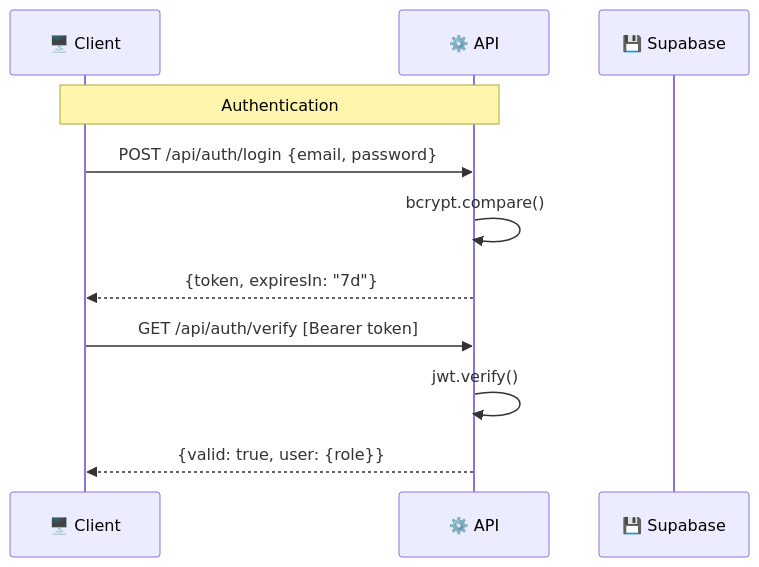
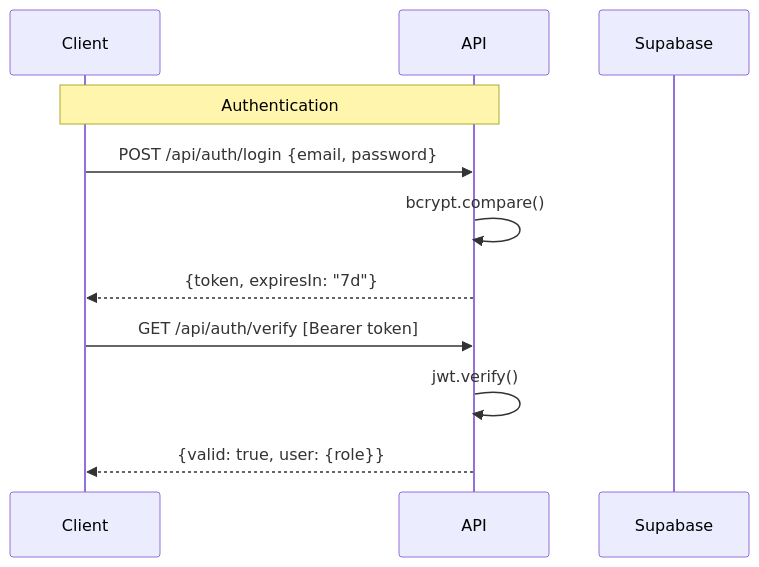
The third of 6 diagrams in README.md (NICK-FURY-6023/printer-image-generator), drawn with Mermaid before and after one commit. The commit also changed other lines of this file, not shown here.

````diff
--- a/README.md
+++ b/README.md
@@ -394,15 +391,15 @@
 ```mermaid
 sequenceDiagram
-    participant C as 🖥️ Client
-    participant A as ⚙️ API
-    participant D as 💾 Supabase
+    participant C as Client
+    participant A as API
+    participant D as Supabase
 
     Note over C,A: Authentication
     C->>A: POST /api/auth/login {email, password}
     A->>A: bcrypt.compare()
     A-->>C: {token, expiresIn: "7d"}
 
     C->>A: GET /api/auth/verify [Bearer token]
     A->>A: jwt.verify()
     A-->>C: {valid: true, user: {role}}
 ```
````
